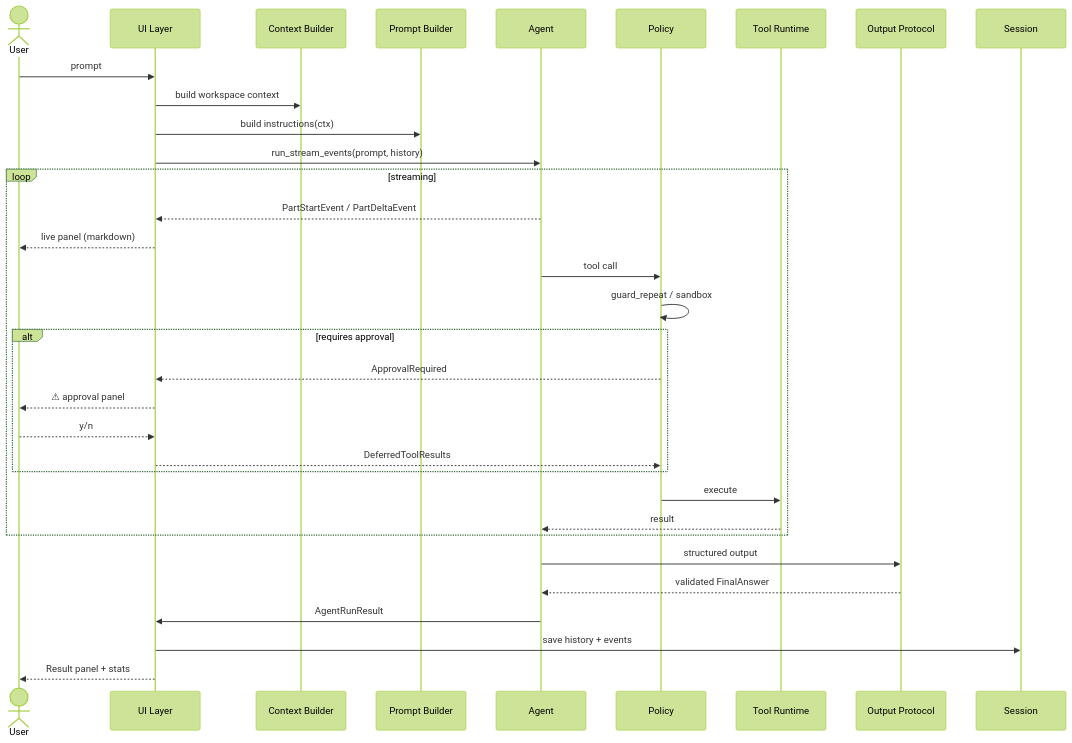
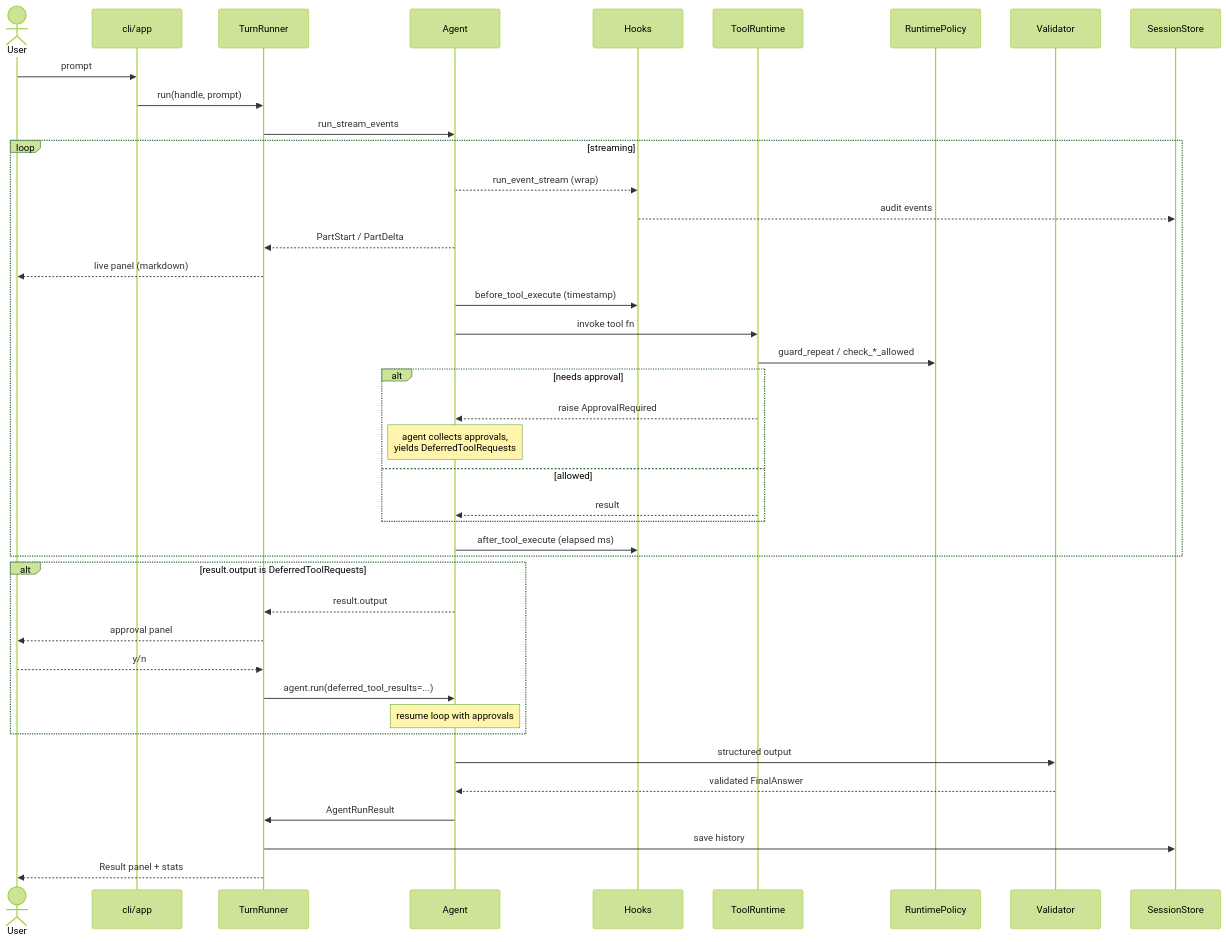
Before and after one commit to oornnery/harness-lab: the second of 3 diagrams in README.md, drawn with Mermaid (forest theme). The commit also changed other lines of this file and 36 other files, not shown here.

````diff
--- a/README.md
+++ b/README.md
@@ -44,36 +65,47 @@
 ```mermaid
 sequenceDiagram
     actor U as User
-    participant UI as UI Layer
-    participant CTX as Context Builder
-    participant PB as Prompt Builder
+    participant UI as cli/app
+    participant TR as TurnRunner
     participant AG as Agent
-    participant POL as Policy
-    participant TR as Tool Runtime
-    participant OUT as Output Protocol
-    participant SES as Session
+    participant HK as Hooks
+    participant TL as ToolRuntime
+    participant POL as RuntimePolicy
+    participant OUT as Validator
+    participant SES as SessionStore
 
     U->>UI: prompt
-    UI->>CTX: build workspace context
-    UI->>PB: build instructions(ctx)
-    UI->>AG: run_stream_events(prompt, history)
+    UI->>TR: run(handle, prompt)
+    TR->>AG: run_stream_events
     loop streaming
-        AG-->>UI: PartStartEvent / PartDeltaEvent
-        UI-->>U: live panel (markdown)
-        AG->>POL: tool call
-        POL->>POL: guard_repeat / sandbox
-        alt requires approval
-            POL-->>UI: ApprovalRequired
-            UI-->>U: ⚠ approval panel
-            U-->>UI: y/n
-            UI-->>POL: DeferredToolResults
+        AG-->>HK: run_event_stream (wrap)
+        HK-->>SES: audit events
+        AG-->>TR: PartStart / PartDelta
+        TR-->>U: live panel (markdown)
+
+        AG->>HK: before_tool_execute (timestamp)
+        AG->>TL: invoke tool fn
+        TL->>POL: guard_repeat / check_*_allowed
+        alt needs approval
+            TL-->>AG: raise ApprovalRequired
+            Note over AG: agent collects approvals,<br/>yields DeferredToolRequests
+        else allowed
+            TL-->>AG: result
         end
-        POL->>TR: execute
-        TR-->>AG: result
+        AG->>HK: after_tool_execute (elapsed ms)
     end
+
+    alt result.output is DeferredToolRequests
+        AG-->>TR: result.output
+        TR-->>U: approval panel
+        U-->>TR: y/n
+        TR->>AG: agent.run(deferred_tool_results=...)
+        Note over AG: resume loop with approvals
+    end
+
     AG->>OUT: structured output
     OUT-->>AG: validated FinalAnswer
-    AG->>UI: AgentRunResult
-    UI->>SES: save history + events
-    UI-->>U: Result panel + stats
+    AG->>TR: AgentRunResult
+    TR->>SES: save history
+    TR-->>U: Result panel + stats
 ```
````
